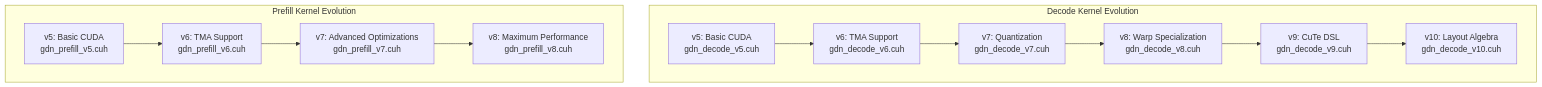
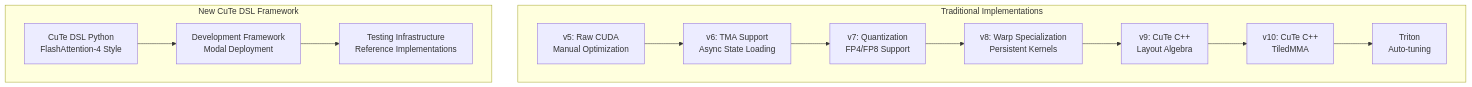
One commit to gugudeshubao/flashinfer-bench-tma-thrust changed the first of 7 diagrams in .qoder/repowiki/en/content/Core Kernels/Core Kernels.md. Above: the diagram before and after it, drawn with Mermaid. The commit also changed other lines of this file and 9 other files, not shown here.

First line of the commit message:
bench: add CuTe DSL vs Triton performance comparison

````diff
--- a/.qoder/repowiki/en/content/Core Kernels/Core Kernels.md
+++ b/.qoder/repowiki/en/content/Core Kernels/Core Kernels.md
@@ -74,19 +79,19 @@
 ```mermaid
 graph TB
-subgraph "Decode Kernel Evolution"
-D_v5["v5: Basic CUDA<br/>gdn_decode_v5.cuh"]
-D_v6["v6: TMA Support<br/>gdn_decode_v6.cuh"]
-D_v7["v7: Quantization<br/>gdn_decode_v7.cuh"]
-D_v8["v8: Warp Specialization<br/>gdn_decode_v8.cuh"]
-D_v9["v9: CuTe DSL<br/>gdn_decode_v9.cuh"]
-D_v10["v10: Layout Algebra<br/>gdn_decode_v10.cuh"]
+subgraph "Traditional Implementations"
+CUDA_v5["v5: Raw CUDA<br/>Manual Optimization"]
+CUDA_v6["v6: TMA Support<br/>Async State Loading"]
+CUDA_v7["v7: Quantization<br/>FP4/FP8 Support"]
+CUDA_v8["v8: Warp Specialization<br/>Persistent Kernels"]
+CuTe_v9["v9: CuTe C++<br/>Layout Algebra"]
+CuTe_v10["v10: CuTe C++<br/>TiledMMA"]
+Triton["Triton<br/>Auto-tuning"]
 end
-subgraph "Prefill Kernel Evolution"
-P_v5["v5: Basic CUDA<br/>gdn_prefill_v5.cuh"]
-P_v6["v6: TMA Support<br/>gdn_prefill_v6.cuh"]
-P_v7["v7: Advanced Optimizations<br/>gdn_prefill_v7.cuh"]
-P_v8["v8: Maximum Performance<br/>gdn_prefill_v8.cuh"]
+subgraph "New CuTe DSL Framework"
+DSL_v11["CuTe DSL Python<br/>FlashAttention-4 Style"]
+Dev_Framework["Development Framework<br/>Modal Deployment"]
+Testing_Infra["Testing Infrastructure<br/>Reference Implementations"]
 end
-D_v5 --> D_v6 --> D_v7 --> D_v8 --> D_v9 --> D_v10
-P_v5 --> P_v6 --> P_v7 --> P_v8
+CUDA_v5 --> CUDA_v6 --> CUDA_v7 --> CUDA_v8 --> CuTe_v9 --> CuTe_v10 --> Triton
+DSL_v11 --> Dev_Framework --> Testing_Infra
 ```
````
